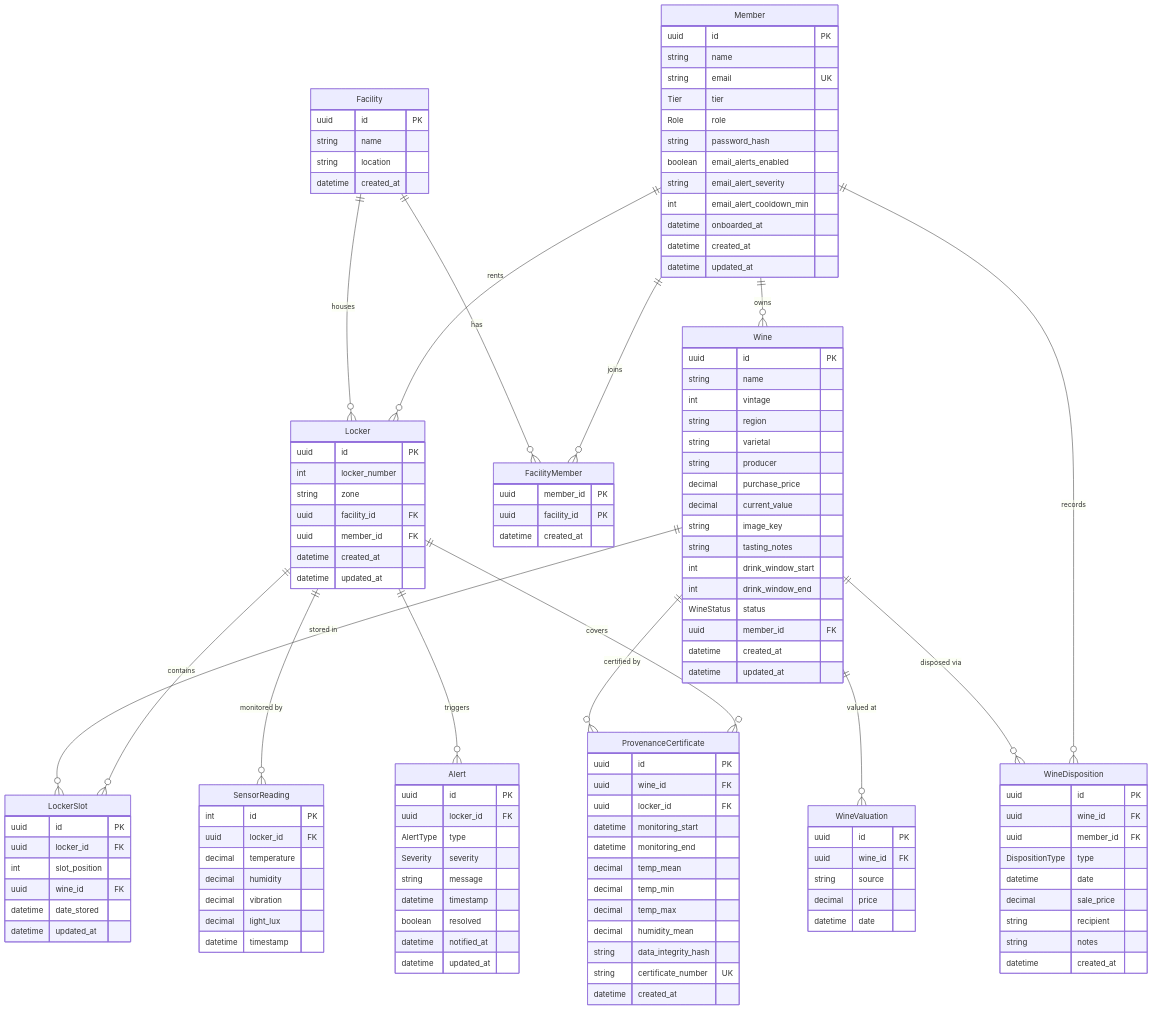
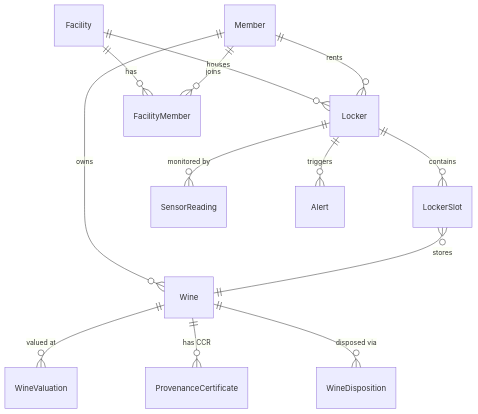
Before and after one commit to nathanielsohn/caveau-app: the diagram in docs/DATA_MODEL.md, drawn with Mermaid. The commit also changed other lines of this file and 28 other files, not shown here.

````diff
--- a/docs/DATA_MODEL.md
+++ b/docs/DATA_MODEL.md
@@ -7,130 +16,19 @@
 ```mermaid
 erDiagram
-    Facility ||--o{ Locker : "houses"
-    Facility ||--o{ FacilityMember : "has"
-    Member ||--o{ FacilityMember : "joins"
-    Member ||--o{ Wine : "owns"
-    Member ||--o{ Locker : "rents"
-    Wine ||--o{ LockerSlot : "stored in"
-    Wine ||--o{ WineValuation : "valued at"
-    Wine ||--o{ ProvenanceCertificate : "certified by"
-    Locker ||--o{ LockerSlot : "contains"
-    Locker ||--o{ SensorReading : "monitored by"
-    Locker ||--o{ Alert : "triggers"
-    Locker ||--o{ ProvenanceCertificate : "covers"
-    Wine ||--o{ WineDisposition : "disposed via"
-    Member ||--o{ WineDisposition : "records"
+  Facility ||--o{ Locker : "houses"
+  Facility ||--o{ FacilityMember : "has"
+  Member ||--o{ FacilityMember : "joins"
 
-    Facility {
-        uuid id PK
-        string name
-        string location
-        datetime created_at
-    }
-    FacilityMember {
-        uuid member_id PK
-        uuid facility_id PK
-        datetime created_at
-    }
-    Member {
-        uuid id PK
-        string name
-        string email UK
-        Tier tier
-        Role role
-        string password_hash
-        boolean email_alerts_enabled
-        string email_alert_severity
-        int email_alert_cooldown_min
-        datetime onboarded_at
-        datetime created_at
-        datetime updated_at
-    }
-    Wine {
-        uuid id PK
-        string name
-        int vintage
-        string region
-        string varietal
-        string producer
-        decimal purchase_price
-        decimal current_value
-        string image_key
-        string tasting_notes
-        int drink_window_start
-        int drink_window_end
-        WineStatus status
-        uuid member_id FK
-        datetime created_at
-        datetime updated_at
-    }
-    WineValuation {
-        uuid id PK
-        uuid wine_id FK
-        string source
-        decimal price
-        datetime date
-    }
-    Locker {
-        uuid id PK
-        int locker_number
-        string zone
-        uuid facility_id FK
-        uuid member_id FK
-        datetime created_at
-        datetime updated_at
-    }
-    LockerSlot {
-        uuid id PK
-        uuid locker_id FK
-        int slot_position
-        uuid wine_id FK
-        datetime date_stored
-        datetime updated_at
-    }
-    SensorReading {
-        int id PK
-        uuid locker_id FK
-        decimal temperature
-        decimal humidity
-        decimal vibration
-        decimal light_lux
-        datetime timestamp
-    }
-    Alert {
-        uuid id PK
-        uuid locker_id FK
-        AlertType type
-        Severity severity
-        string message
-        datetime timestamp
-        boolean resolved
-        datetime notified_at
-        datetime updated_at
-    }
-    ProvenanceCertificate {
-        uuid id PK
-        uuid wine_id FK
-        uuid locker_id FK
-        datetime monitoring_start
-        datetime monitoring_end
-        decimal temp_mean
-        decimal temp_min
-        decimal temp_max
-        decimal humidity_mean
-        string data_integrity_hash
-        string certificate_number UK
-        datetime created_at
-    }
-    WineDisposition {
-        uuid id PK
-        uuid wine_id FK
-        uuid member_id FK
-        DispositionType type
-        datetime date
-        decimal sale_price
-        string recipient
-        string notes
-        datetime created_at
-    }
+  Member ||--o{ Wine : "owns"
+  Member ||--o{ Locker : "rents"
+
+  Locker ||--o{ LockerSlot : "contains"
+  LockerSlot }o--|| Wine : "stores"
+
+  Wine ||--o{ WineValuation : "valued at"
+  Wine ||--o{ ProvenanceCertificate : "has CCR"
+  Wine ||--o{ WineDisposition : "disposed via"
+
+  Locker ||--o{ SensorReading : "monitored by"
+  Locker ||--o{ Alert : "triggers"
 ```
````
